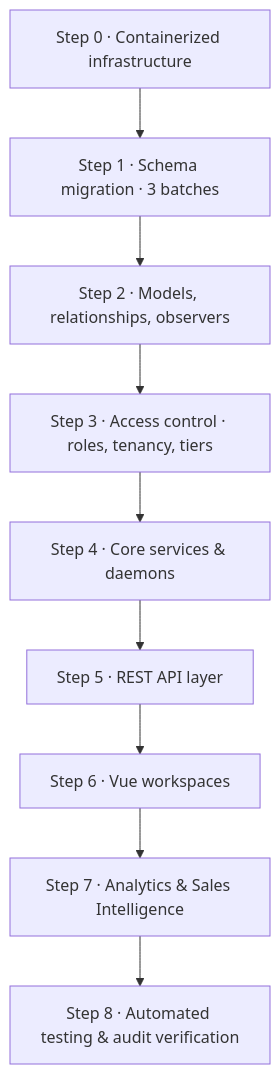
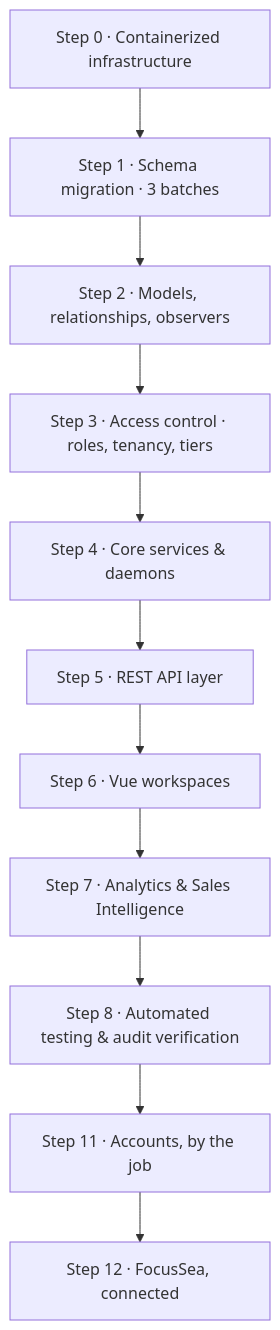
One commit to joseph42nite/f16sefreight changed the diagram in docs/plan/implementation_guide.md. Above: the diagram before and after it, drawn with Mermaid. The commit also changed other lines of this file and 2 other files, not shown here.

First line of the commit message:
docs(focussea): the audit and the plan — Step 12

````diff
--- a/docs/plan/implementation_guide.md
+++ b/docs/plan/implementation_guide.md
@@ -23,11 +23,13 @@
 ```mermaid
 graph TD
     S0[Step 0 · Containerized infrastructure] --> S1[Step 1 · Schema migration · 3 batches]
     S1 --> S2[Step 2 · Models, relationships, observers]
     S2 --> S3[Step 3 · Access control · roles, tenancy, tiers]
     S3 --> S4[Step 4 · Core services & daemons]
     S4 --> S5[Step 5 · REST API layer]
     S5 --> S6[Step 6 · Vue workspaces]
     S6 --> S7[Step 7 · Analytics & Sales Intelligence]
     S7 --> S8[Step 8 · Automated testing & audit verification]
+    S8 --> S11[Step 11 · Accounts, by the job]
+    S11 --> S12[Step 12 · FocusSea, connected]
 ```
````
